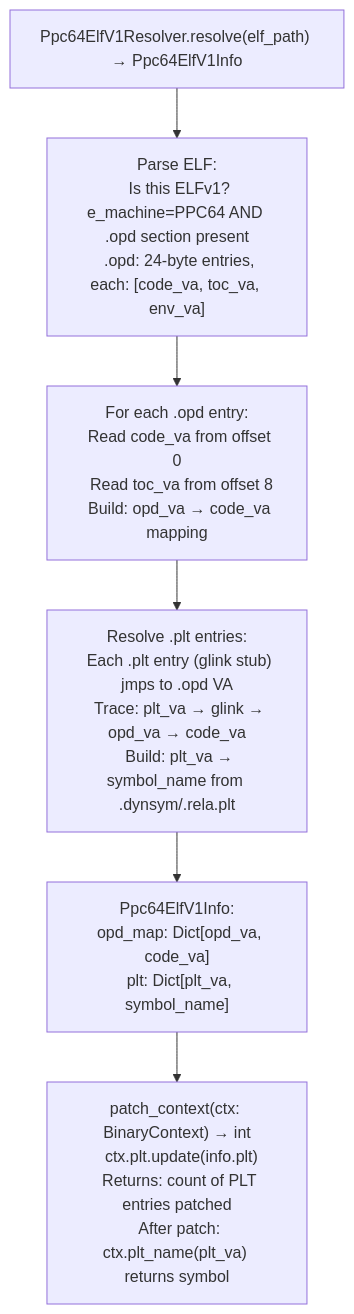
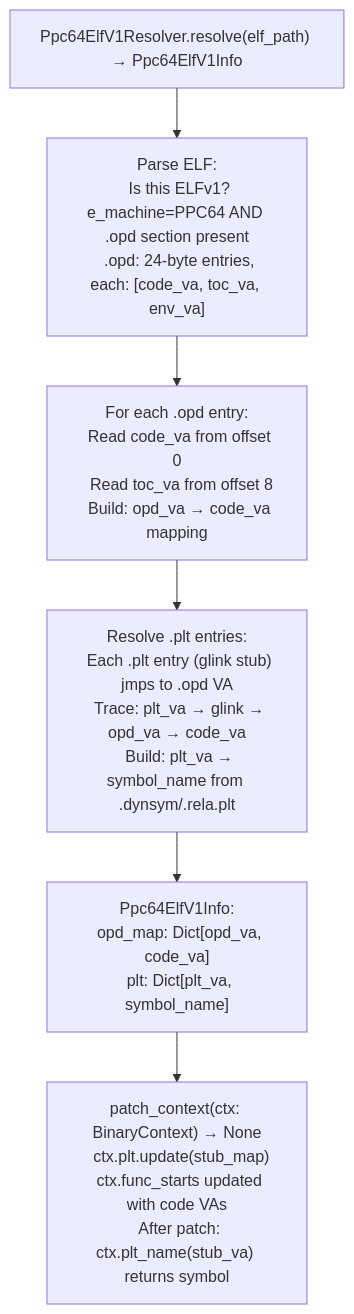
The diagram in docs/reference-modules/ppc64-elfv1-resolution.md (Ablation-Tool/ablation), drawn with Mermaid before and after one commit. The commit also changed other lines of this file and 21 other files, not shown here.

````diff
--- a/docs/reference-modules/ppc64-elfv1-resolution.md
+++ b/docs/reference-modules/ppc64-elfv1-resolution.md
@@ -19,8 +19,8 @@
 ```mermaid
 flowchart TD
     A["Ppc64ElfV1Resolver.resolve(elf_path) → Ppc64ElfV1Info"] --> B["Parse ELF:\n  Is this ELFv1? e_machine=PPC64 AND .opd section present\n  .opd: 24-byte entries, each: [code_va, toc_va, env_va]"]
     B --> C["For each .opd entry:\n  Read code_va from offset 0\n  Read toc_va from offset 8\n  Build: opd_va → code_va mapping"]
     C --> D["Resolve .plt entries:\n  Each .plt entry (glink stub) jmps to .opd VA\n  Trace: plt_va → glink → opd_va → code_va\n  Build: plt_va → symbol_name from .dynsym/.rela.plt"]
     D --> E["Ppc64ElfV1Info:\n  opd_map: Dict[opd_va, code_va]\n  plt: Dict[plt_va, symbol_name]"]
-    E --> F["patch_context(ctx: BinaryContext) → int\n  ctx.plt.update(info.plt)\n  Returns: count of PLT entries patched\n  After patch: ctx.plt_name(plt_va) returns symbol"]
+    E --> F["patch_context(ctx: BinaryContext) → None\n  ctx.plt.update(stub_map)\n  ctx.func_starts updated with code VAs\n  After patch: ctx.plt_name(stub_va) returns symbol"]
 ```
````
